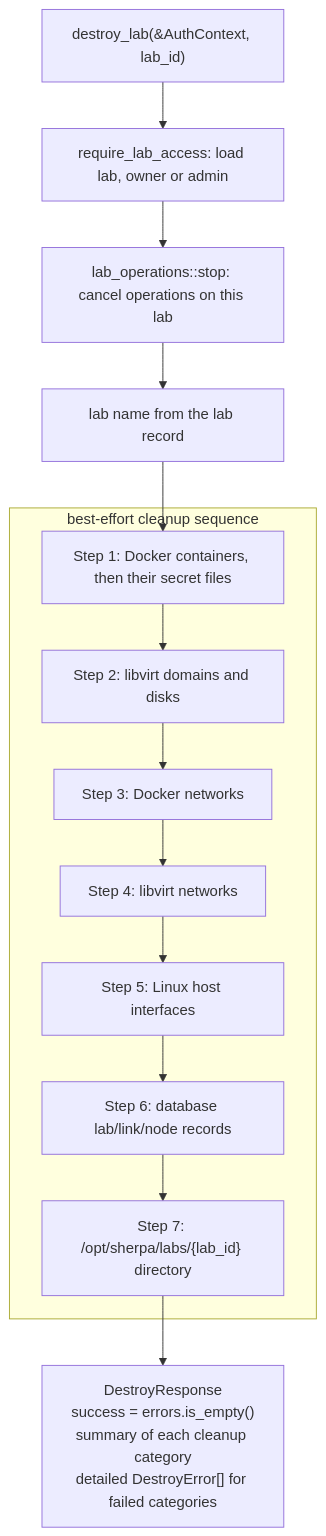
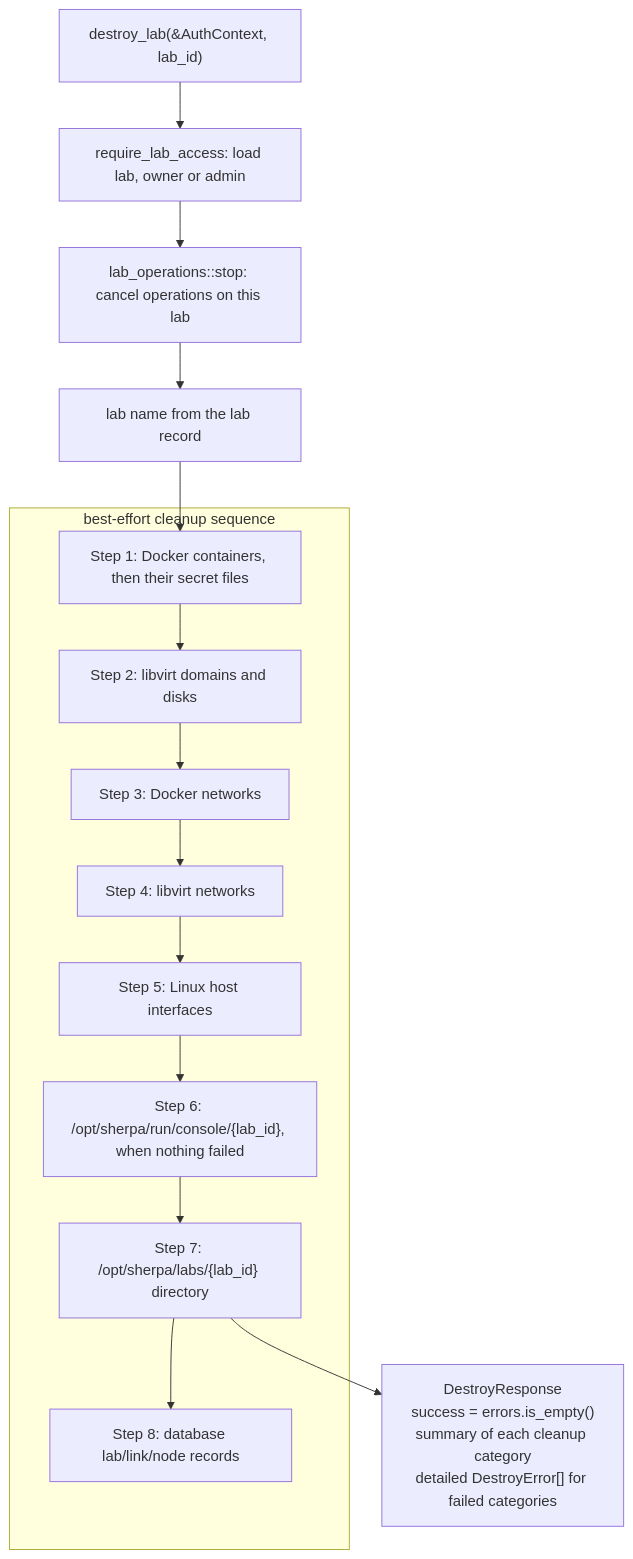
Before and after one commit to bwks/sherpa: diagram 24 of 26 in docs/architecture/SERVER.md, drawn with Mermaid. The commit also changed other lines of this file and 10 other files, not shown here.

First line of the commit message:
docs: consoles go through sherpad over a UNIX socket, with sherpa console on its API [skip ci]

````diff
--- a/docs/architecture/SERVER.md
+++ b/docs/architecture/SERVER.md
@@ -1772,18 +1780,19 @@
 ```mermaid
 flowchart TB
     destroy["destroy_lab(&AuthContext, lab_id)"] --> access["require_lab_access: load lab, owner or admin"]
     access --> stopops["lab_operations::stop: cancel operations on this lab"]
     stopops --> labname["lab name from the lab record"]
     labname --> containers
     subgraph cleanup["best-effort cleanup sequence"]
         containers["Step 1: Docker containers, then their secret files"]
         domains["Step 2: libvirt domains and disks"]
         dockernets["Step 3: Docker networks"]
         libvirtnets["Step 4: libvirt networks"]
         interfaces["Step 5: Linux host interfaces"]
-        records["Step 6: database lab/link/node records"]
+        consoledir["Step 6: /opt/sherpa/run/console/{lab_id}, when nothing failed"]
         labdir["Step 7: /opt/sherpa/labs/{lab_id} directory"]
-        containers --> domains --> dockernets --> libvirtnets --> interfaces --> records --> labdir
+        records["Step 8: database lab/link/node records"]
+        containers --> domains --> dockernets --> libvirtnets --> interfaces --> consoledir --> labdir --> records
     end
     labdir --> response["DestroyResponse<br/>success = errors.is_empty()<br/>summary of each cleanup category<br/>detailed DestroyError[] for failed categories"]
 ```
````
